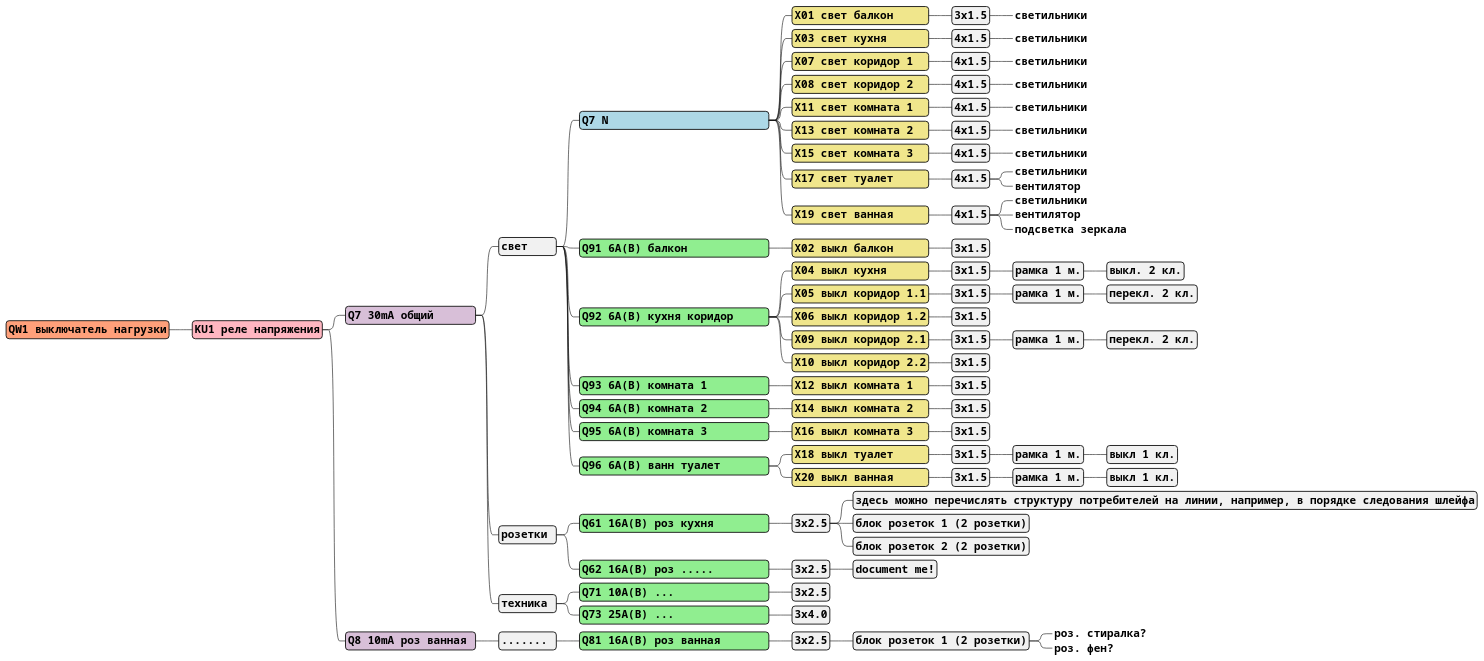
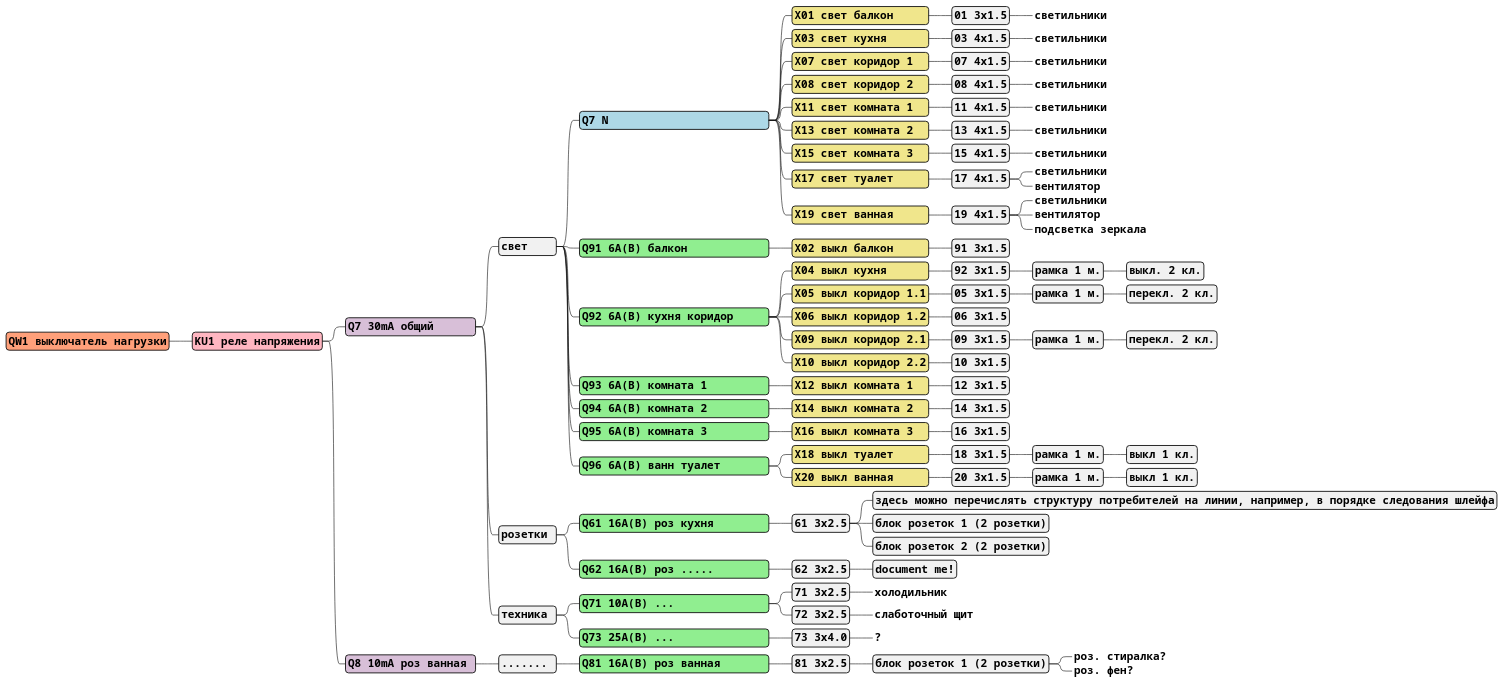
One commit to semicontinuity/reno changed the diagram in electricity/wiring.puml. Above: the diagram before and after it, drawn with PlantUML.

Commit message:
cable numbering

```diff
--- a/electricity/wiring.puml
+++ b/electricity/wiring.puml
@@ -1,182 +1,185 @@
 @startmindmap
 
 <style>
 legend {
   BackgroundColor #FFEFE0
 }
 node {
   FontStyle Bold
   FontSize 18
   FontName Courier
   Padding 4
   Margin 4
   RoundCorner 10
 }
 
 'Neutral
 .N {
   BackgroundColor #lightblue
 }
 
 'Switch disconnector
 .SD {
   BackgroundColor #lightsalmon
 }
 'Voltage relay
 .VR {
   BackgroundColor #LightPink
 }
 'Installation contactors
 .IC {
   BackgroundColor #NavajoWhite
 }
 'Latching relays
 .LR {
   BackgroundColor #NavajoWhite
 }
 .RCCB {
   BackgroundColor #thistle
 }
 .CB {
   BackgroundColor lightgreen
 }
 'Terminal
 .T {
   BackgroundColor #lightyellow
 }
 'Terminal
 .T1 {
   BackgroundColor #khaki
 }
 .T_IN {
   BackgroundColor #Wheat
 }
 'Wall outlet block
 .W {
   BackgroundColor #gainsboro
 }
 'Wall outlet
 .W {
   BackgroundColor #white
 }
 'Light group
 .L {
 }
 'Consumer
 .C {
   BackgroundColor #lightgray
 }
 .PLCIN {
   BackgroundColor #white
 }
 </style>
 
 * QW1 выключатель нагрузки<<SD>>
   * KU1 реле напряжения<<VR>>
 
     * Q7 30mA общий      <<RCCB>>
       * свет    <<>>
         * Q7 N                        <<N>>
           * X01 свет балкон     <<T1>>
-            * 3x1.5
+            * 01 3x1.5
               *_ светильники            <<L>>
           * X03 свет кухня      <<T1>>
-            * 4x1.5
+            * 03 4x1.5
               *_ светильники            <<L>>
           * X07 свет коридор 1  <<T1>>
-            * 4x1.5
+            * 07 4x1.5
               *_ светильники            <<L>>
           * X08 свет коридор 2  <<T1>>
-            * 4x1.5
+            * 08 4x1.5
               *_ светильники            <<L>>
           * X11 свет комната 1  <<T1>>
-            * 4x1.5
+            * 11 4x1.5
               *_ светильники            <<L>>
           * X13 свет комната 2  <<T1>>
-            * 4x1.5
+            * 13 4x1.5
               *_ светильники            <<W>>
           * X15 свет комната 3  <<T1>>
-            * 4x1.5
+            * 15 4x1.5
               *_ светильники            <<L>>
           * X17 свет туалет     <<T1>>
-            * 4x1.5
+            * 17 4x1.5
               *_ светильники            <<L>>
               *_ вентилятор             <<L>>
           * X19 свет ванная     <<T1>>
-            * 4x1.5
+            * 19 4x1.5
               *_ светильники            <<L>>
               *_ вентилятор             <<L>>
               *_ подсветка зеркала      <<L>>
 
         * Q91 6A(B) балкон            <<CB>>
           * X02 выкл балкон     <<T1>>
-            * 3x1.5
+            * 91 3x1.5
 
         * Q92 6A(B) кухня коридор     <<CB>>
           * X04 выкл кухня      <<T1>>
-            * 3x1.5
+            * 92 3x1.5
               * рамка 1 м.
                 * выкл. 2 кл.
           * X05 выкл коридор 1.1<<T1>>
-            * 3x1.5
+            * 05 3x1.5
               * рамка 1 м.
                 * перекл. 2 кл.
           * X06 выкл коридор 1.2<<T1>>
-            * 3x1.5
+            * 06 3x1.5
           * X09 выкл коридор 2.1<<T1>>
-            * 3x1.5
+            * 09 3x1.5
               * рамка 1 м.
                 * перекл. 2 кл.
           * X10 выкл коридор 2.2<<T1>>
-            * 3x1.5
+            * 10 3x1.5
 
         * Q93 6A(B) комната 1         <<CB>>
           * X12 выкл комната 1  <<T1>>
-            * 3x1.5
+            * 12 3x1.5
 
         * Q94 6A(B) комната 2         <<CB>>
           * X14 выкл комната 2  <<T1>>
-            * 3x1.5
+            * 14 3x1.5
 
         * Q95 6A(B) комната 3         <<CB>>
           * X16 выкл комната 3  <<T1>>
-            * 3x1.5
+            * 16 3x1.5
 
         * Q96 6A(B) ванн туалет       <<CB>>
           * X18 выкл туалет     <<T1>>
-            * 3x1.5
+            * 18 3x1.5
               * рамка 1 м.
                 * выкл 1 кл.
           * X20 выкл ванная     <<T1>>
-            * 3x1.5
+            * 20 3x1.5
               * рамка 1 м.
                 * выкл 1 кл.
 
       * розетки <<>>
 
         * Q61 16A(B) роз кухня        <<CB>>
-          * 3x2.5
+          * 61 3x2.5
             * здесь можно перечислять структуру потребителей на линии, например, в порядке следования шлейфа
             * блок розеток 1 (2 розетки)<<WB>>
             * блок розеток 2 (2 розетки)<<WB>>
 
         * Q62 16A(B) роз .....        <<CB>>
-          * 3x2.5
+          * 62 3x2.5
             * document me!
 
       * техника <<>>
 
         * Q71 10A(B) ...              <<CB>>
-          * 3x2.5
+          * 71 3x2.5
+            *_ холодильник
+          * 72 3x2.5
+            *_ слаботочный щит
         * Q73 25A(B) ...              <<CB>>
-          * 3x4.0
-
+          * 73 3x4.0
+            *_ ?
     * Q8 10mA роз ванная <<RCCB>>
       * ....... <<>>
         * Q81 16A(B) роз ванная       <<CB>>
-          * 3x2.5
+          * 81 3x2.5
             * блок розеток 1 (2 розетки)<<WB>>
               *_ роз. стиралка?
               *_ роз. фен?
 
 @endmindmap
```
